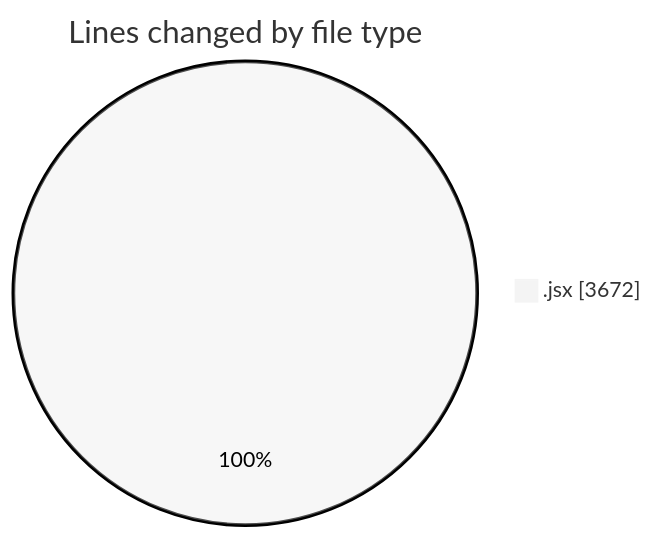
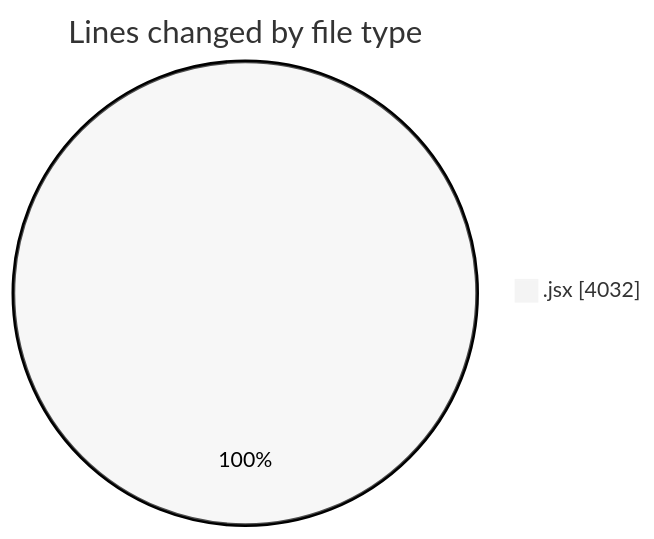
One commit to nxtqubesakshisongat/code-tracking changed the first of 2 diagrams in 2025-09-28/nxtqube_webapp/README.md. Above: the diagram before and after it, drawn with Mermaid (neutral theme). The commit also changed other lines of this file and 1 other file, not shown here.

````diff
--- a/2025-09-28/nxtqube_webapp/README.md
+++ b/2025-09-28/nxtqube_webapp/README.md
@@ -21,5 +21,5 @@
 ```mermaid
 pie showData
 title Lines changed by file type
-".jsx" : 3672
+".jsx" : 4032
 ```
````
